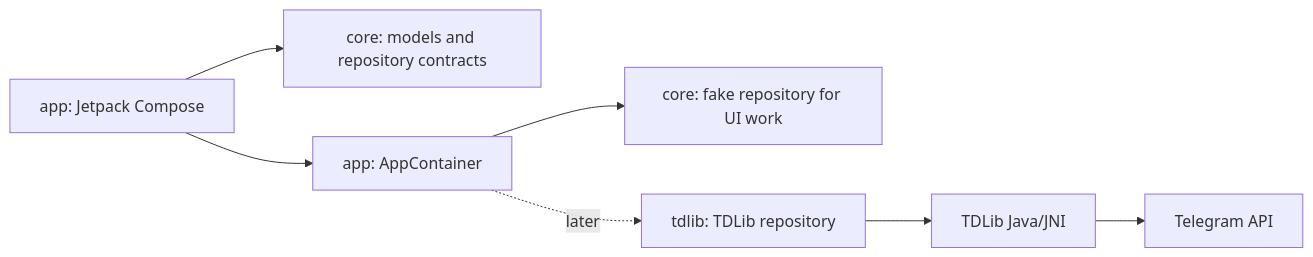
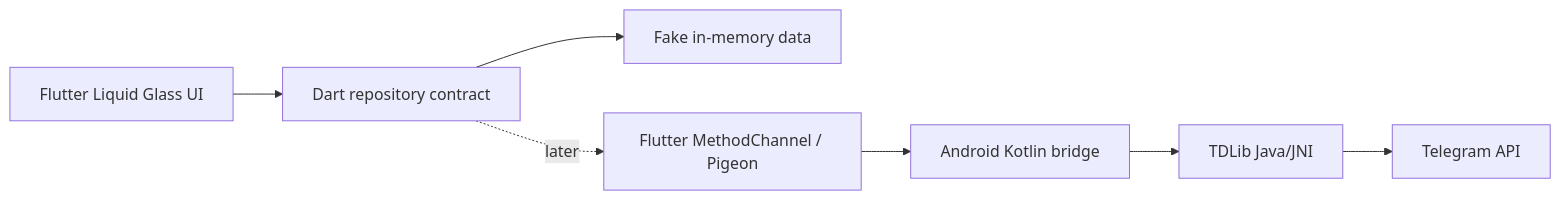
The diagram in docs/architecture.md (sing0626/SingGram), drawn with Mermaid before and after one commit. The commit also changed other lines of this file and 62 other files, not shown here.

Commit message:
Switch to Flutter liquid glass client

````diff
--- a/docs/architecture.md
+++ b/docs/architecture.md
@@ -5,9 +5,9 @@
 ```mermaid
 flowchart LR
-  UI["app: Jetpack Compose"] --> Domain["core: models and repository contracts"]
-  UI --> Container["app: AppContainer"]
-  Container --> Fake["core: fake repository for UI work"]
-  Container -. later .-> TDLib["tdlib: TDLib repository"]
-  TDLib --> JNI["TDLib Java/JNI"]
-  JNI --> Telegram["Telegram API"]
+  UI["Flutter Liquid Glass UI"] --> DartRepo["Dart repository contract"]
+  DartRepo --> Fake["Fake in-memory data"]
+  DartRepo -. later .-> Channel["Flutter MethodChannel / Pigeon"]
+  Channel --> Android["Android Kotlin bridge"]
+  Android --> TDLib["TDLib Java/JNI"]
+  TDLib --> Telegram["Telegram API"]
 ```
````
